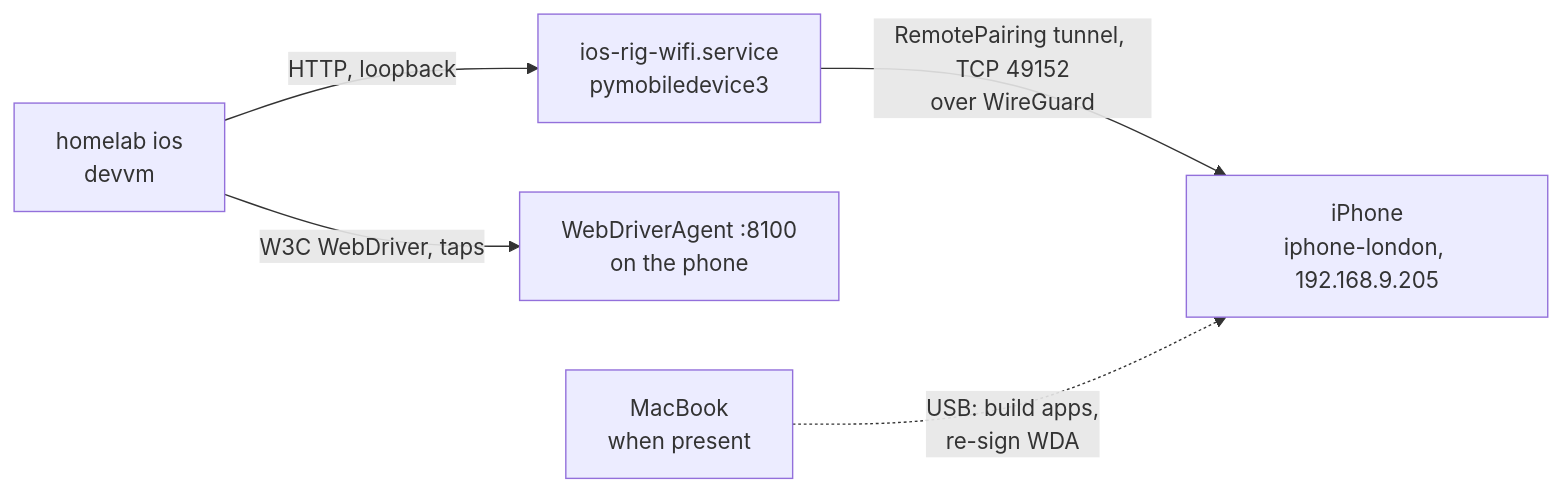
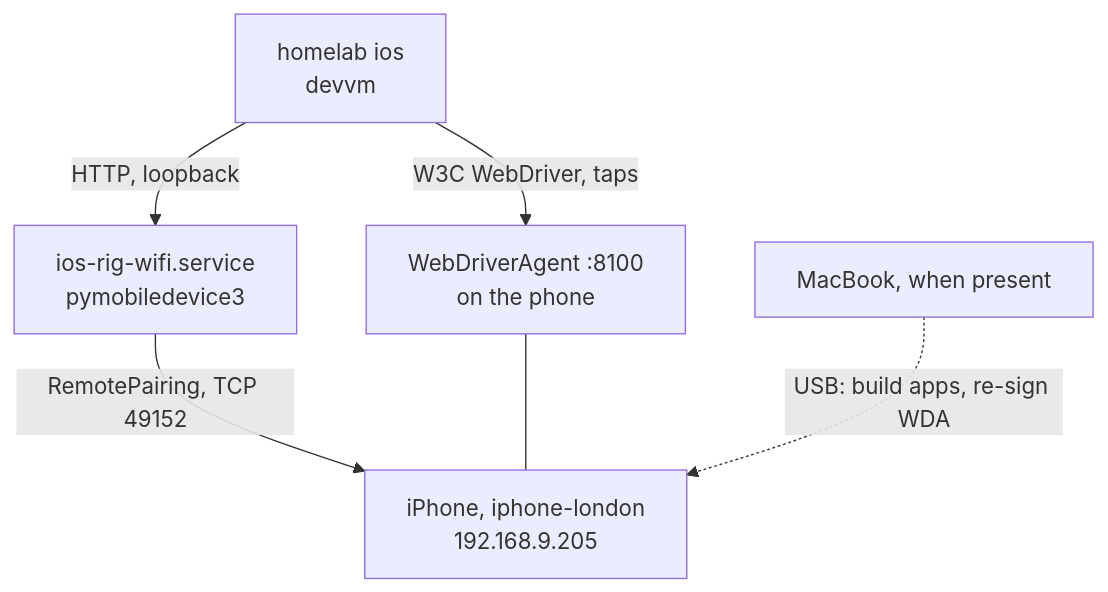
The first of 2 diagrams in docs/runbooks/ios-test-rig.md (ViktorBarzin/infra), drawn with Mermaid before and after one commit.

Commit message:
docs: draw the iOS rig Wi-Fi diagram top-down so the phone node fits
The left-to-right layout pushed the iPhone node off the right edge of
the rendered runbook, clipping its label.

````diff
--- a/docs/runbooks/ios-test-rig.md
+++ b/docs/runbooks/ios-test-rig.md
@@ -21,7 +21,8 @@
 ```mermaid
-flowchart LR
+flowchart TD
   CLI["homelab ios<br/>devvm"] -->|HTTP, loopback| SVC["ios-rig-wifi.service<br/>pymobiledevice3"]
-  SVC -->|RemotePairing tunnel, TCP 49152<br/>over WireGuard| P["iPhone<br/>iphone-london, 192.168.9.205"]
+  SVC -->|RemotePairing, TCP 49152| P["iPhone, iphone-london<br/>192.168.9.205"]
   CLI -->|W3C WebDriver, taps| WDA["WebDriverAgent :8100<br/>on the phone"]
-  MAC["MacBook<br/>when present"] -.->|USB: build apps,<br/>re-sign WDA| P
+  WDA --- P
+  MAC["MacBook, when present"] -.->|USB: build apps, re-sign WDA| P
 ```
````
